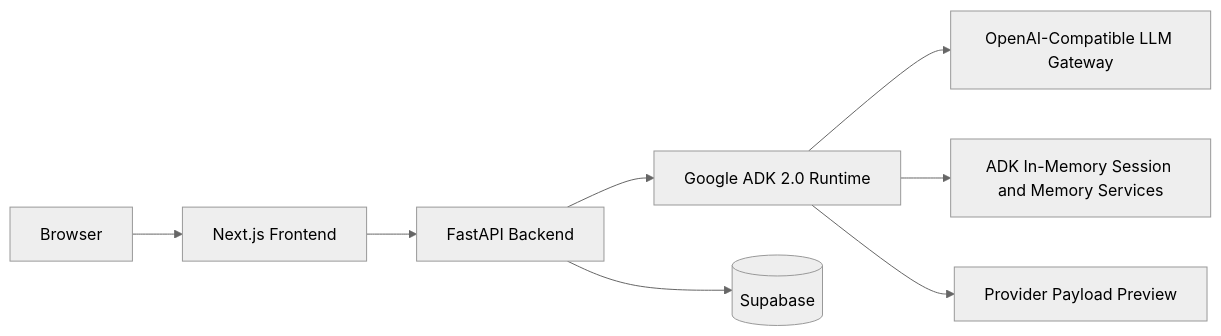
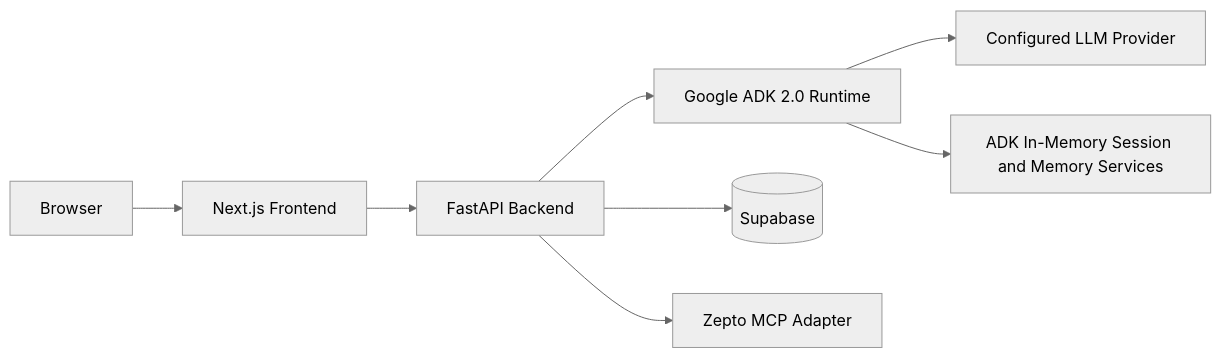
One commit to architworks/meal_and_grocery_agent changed the diagram in docs/current_technology_stack.md. Above: the diagram before and after it, drawn with Mermaid (neutral theme). The commit also changed other lines of this file and 16 other files, not shown here.

First line of the commit message:
Implement native grocery cart and Zepto MCP sync flow

````diff
--- a/docs/current_technology_stack.md
+++ b/docs/current_technology_stack.md
@@ -17,10 +18,10 @@
 ```mermaid
 flowchart LR
     Browser[Browser] --> Next[Next.js Frontend]
     Next --> FastAPI[FastAPI Backend]
     FastAPI --> ADK[Google ADK 2.0 Runtime]
-    ADK --> LLM[OpenAI-Compatible LLM Gateway]
+    ADK --> LLM[Configured LLM Provider]
     FastAPI --> Supabase[(Supabase)]
     ADK --> Memory[ADK In-Memory Session and Memory Services]
-    ADK --> Payload[Provider Payload Preview]
+    FastAPI --> Zepto[Zepto MCP Adapter]
 ```
````
